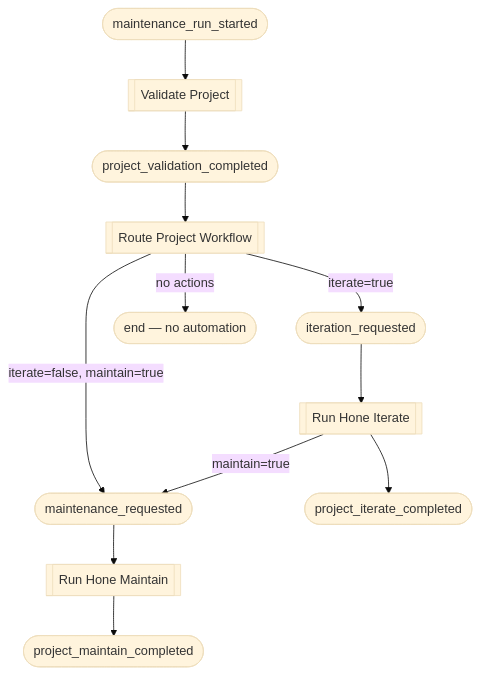
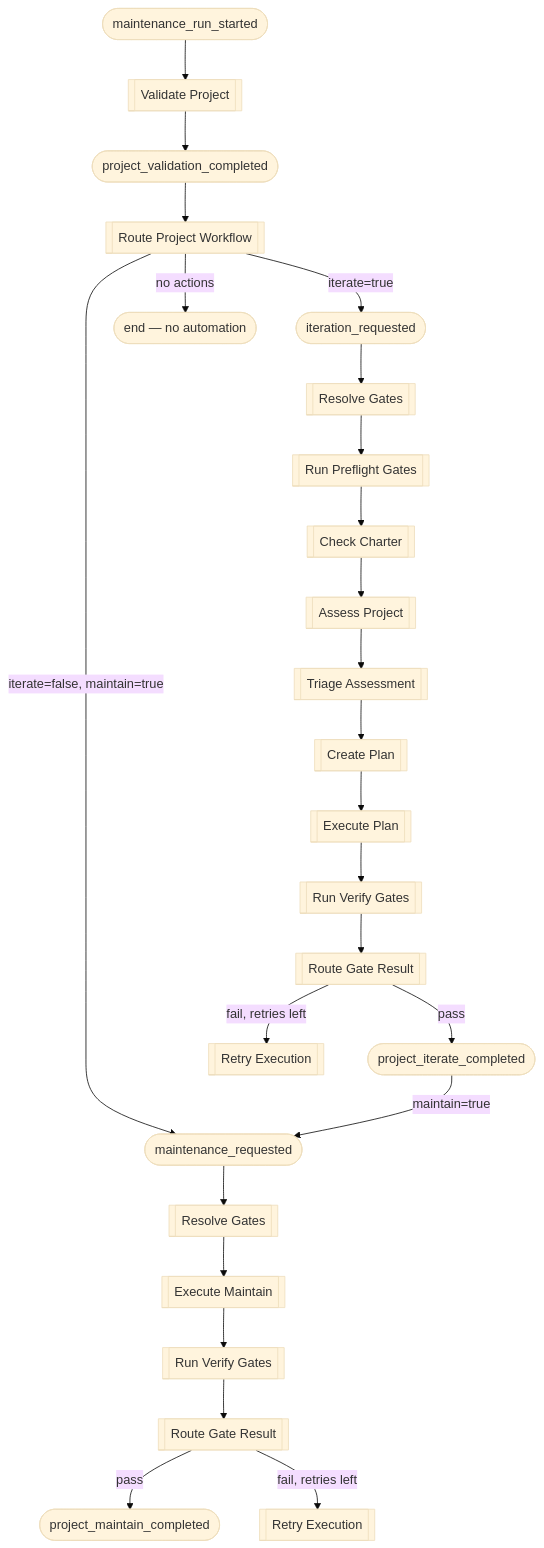
Before and after one commit to svetzal/foundry: the second of 2 diagrams in book/src/architecture/task-blocks.md, drawn with Mermaid (base theme). The commit also changed other lines of this file and 17 other files, not shown here.

````diff
--- a/book/src/architecture/task-blocks.md
+++ b/book/src/architecture/task-blocks.md
@@ -138,14 +157,27 @@
 ```mermaid
 flowchart TD
     A([maintenance_run_started]) --> B[[Validate Project]]
     B --> C([project_validation_completed])
     C --> D[[Route Project Workflow]]
     D -->|iterate=true| E([iteration_requested])
     D -->|iterate=false, maintain=true| F([maintenance_requested])
     D -->|no actions| G([end — no automation])
-    E --> H[[Run Hone Iterate]]
-    H --> I([project_iterate_completed])
-    H -->|maintain=true| F
-    F --> J[[Run Hone Maintain]]
-    J --> K([project_maintain_completed])
+    E --> H[[Resolve Gates]]
+    H --> I[[Run Preflight Gates]]
+    I --> J[[Check Charter]]
+    J --> K[[Assess Project]]
+    K --> L[[Triage Assessment]]
+    L --> M[[Create Plan]]
+    M --> N[[Execute Plan]]
+    N --> O[[Run Verify Gates]]
+    O --> P[[Route Gate Result]]
+    P -->|pass| Q([project_iterate_completed])
+    P -->|fail, retries left| R[[Retry Execution]]
+    Q -->|maintain=true| F
+    F --> S[[Resolve Gates]]
+    S --> T[[Execute Maintain]]
+    T --> U[[Run Verify Gates]]
+    U --> V[[Route Gate Result]]
+    V -->|pass| W([project_maintain_completed])
+    V -->|fail, retries left| X[[Retry Execution]]
 ```
````
